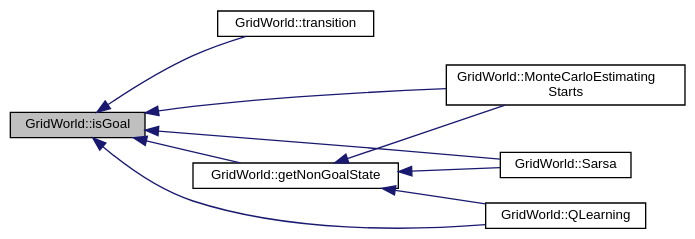
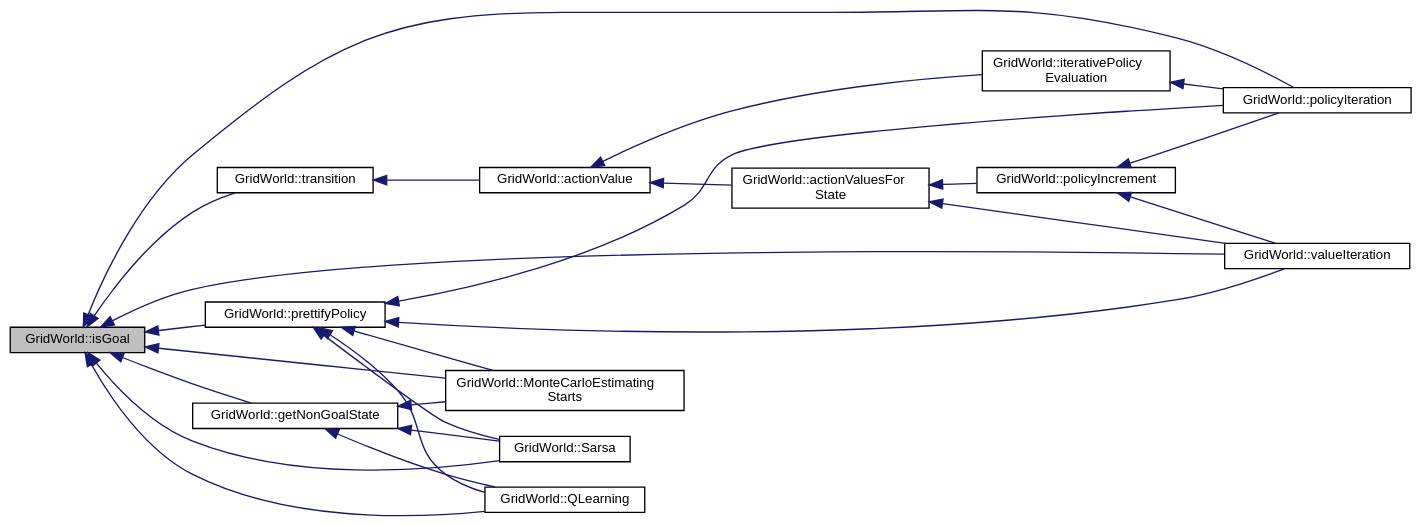
One commit to douglasrizzo/machine_learning changed the diagram in docs/classGridWorld_a202b7bda8938f3c641c2812dcc9b5ac1_icgraph.dot. Above: the diagram before and after it, drawn with Graphviz. The commit also changed 393 other files, not shown here.

```diff
--- a/docs/classGridWorld_a202b7bda8938f3c641c2812dcc9b5ac1_icgraph.dot
+++ b/docs/classGridWorld_a202b7bda8938f3c641c2812dcc9b5ac1_icgraph.dot
@@ -1,21 +1,44 @@
 digraph "GridWorld::isGoal"
 {
   bgcolor="transparent";
   edge [fontname="Helvetica",fontsize="10",labelfontname="Helvetica",labelfontsize="10"];
   node [fontname="Helvetica",fontsize="10",shape=record];
   rankdir="LR";
-  Node57 [label="GridWorld::isGoal",height=0.2,width=0.4,color="black", fillcolor="grey75", style="filled", fontcolor="black"];
-  Node57 -> Node58 [dir="back",color="midnightblue",fontsize="10",style="solid",fontname="Helvetica"];
-  Node58 [label="GridWorld::transition",height=0.2,width=0.4,color="black",URL="$classGridWorld.html#aaf8d964cddf2d838737d0707481ad792",tooltip="Returns the transition probability to nextState, given currentState and action "];
-  Node57 -> Node59 [dir="back",color="midnightblue",fontsize="10",style="solid",fontname="Helvetica"];
-  Node59 [label="GridWorld::getNonGoalState",height=0.2,width=0.4,color="black",URL="$classGridWorld.html#a32bc48e56c9a7163d2fbf917df9d35c0",tooltip="Selects a random non-goal state. "];
-  Node59 -> Node60 [dir="back",color="midnightblue",fontsize="10",style="solid",fontname="Helvetica"];
-  Node60 [label="GridWorld::MonteCarloEstimating\lStarts",height=0.2,width=0.4,color="black",URL="$classGridWorld.html#a03586ebfa410ea0617103c70ce5b08cb",tooltip="Monte Carlo Estimating Starts algorithm for finding an optimal policy. "];
-  Node59 -> Node61 [dir="back",color="midnightblue",fontsize="10",style="solid",fontname="Helvetica"];
-  Node61 [label="GridWorld::Sarsa",height=0.2,width=0.4,color="black",URL="$classGridWorld.html#ad1c7b6d4e864ef8e8aca9163c2d8cd86",tooltip="Temporal difference method for finding the optimal policy using SARSA. "];
-  Node59 -> Node62 [dir="back",color="midnightblue",fontsize="10",style="solid",fontname="Helvetica"];
-  Node62 [label="GridWorld::QLearning",height=0.2,width=0.4,color="black",URL="$classGridWorld.html#abdbd7b78344fe0db7dbdd4f55d8ace70",tooltip="Temporal difference method for finding the optimal policy using Q-Learning. "];
-  Node57 -> Node60 [dir="back",color="midnightblue",fontsize="10",style="solid",fontname="Helvetica"];
-  Node57 -> Node61 [dir="back",color="midnightblue",fontsize="10",style="solid",fontname="Helvetica"];
-  Node57 -> Node62 [dir="back",color="midnightblue",fontsize="10",style="solid",fontname="Helvetica"];
+  Node96 [label="GridWorld::isGoal",height=0.2,width=0.4,color="black", fillcolor="grey75", style="filled", fontcolor="black"];
+  Node96 -> Node97 [dir="back",color="midnightblue",fontsize="10",style="solid",fontname="Helvetica"];
+  Node97 [label="GridWorld::prettifyPolicy",height=0.2,width=0.4,color="black",URL="$classGridWorld.html#a9dfe466eee829e7d1b8315b789078be9"];
+  Node97 -> Node98 [dir="back",color="midnightblue",fontsize="10",style="solid",fontname="Helvetica"];
+  Node98 [label="GridWorld::policyIteration",height=0.2,width=0.4,color="black",URL="$classGridWorld.html#add6d00c0d2eec4d16706a19b0527bba5",tooltip="Policy iteration method. "];
+  Node97 -> Node99 [dir="back",color="midnightblue",fontsize="10",style="solid",fontname="Helvetica"];
+  Node99 [label="GridWorld::valueIteration",height=0.2,width=0.4,color="black",URL="$classGridWorld.html#a0d5cada9fc611efc747722223c97e8e5",tooltip="Value iteration method. "];
+  Node97 -> Node100 [dir="back",color="midnightblue",fontsize="10",style="solid",fontname="Helvetica"];
+  Node100 [label="GridWorld::MonteCarloEstimating\lStarts",height=0.2,width=0.4,color="black",URL="$classGridWorld.html#a03586ebfa410ea0617103c70ce5b08cb",tooltip="Monte Carlo Estimating Starts algorithm for finding an optimal policy. "];
+  Node97 -> Node101 [dir="back",color="midnightblue",fontsize="10",style="solid",fontname="Helvetica"];
+  Node101 [label="GridWorld::Sarsa",height=0.2,width=0.4,color="black",URL="$classGridWorld.html#ad1c7b6d4e864ef8e8aca9163c2d8cd86",tooltip="Temporal difference method for finding the optimal policy using SARSA. "];
+  Node97 -> Node102 [dir="back",color="midnightblue",fontsize="10",style="solid",fontname="Helvetica"];
+  Node102 [label="GridWorld::QLearning",height=0.2,width=0.4,color="black",URL="$classGridWorld.html#abdbd7b78344fe0db7dbdd4f55d8ace70",tooltip="Temporal difference method for finding the optimal policy using Q-Learning. "];
+  Node96 -> Node103 [dir="back",color="midnightblue",fontsize="10",style="solid",fontname="Helvetica"];
+  Node103 [label="GridWorld::transition",height=0.2,width=0.4,color="black",URL="$classGridWorld.html#aaf8d964cddf2d838737d0707481ad792",tooltip="Returns the transition probability to nextState, given currentState and action "];
+  Node103 -> Node104 [dir="back",color="midnightblue",fontsize="10",style="solid",fontname="Helvetica"];
+  Node104 [label="GridWorld::actionValue",height=0.2,width=0.4,color="black",URL="$classGridWorld.html#afb39acf3fcb5c3f62adea9668a035445",tooltip="Gets the q value of action a on state s "];
+  Node104 -> Node105 [dir="back",color="midnightblue",fontsize="10",style="solid",fontname="Helvetica"];
+  Node105 [label="GridWorld::actionValuesFor\lState",height=0.2,width=0.4,color="black",URL="$classGridWorld.html#ab2473dfcba808923e74ef5e41c815293",tooltip="Gets the q values of all actions for a given state. "];
+  Node105 -> Node106 [dir="back",color="midnightblue",fontsize="10",style="solid",fontname="Helvetica"];
+  Node106 [label="GridWorld::policyIncrement",height=0.2,width=0.4,color="black",URL="$classGridWorld.html#a5b720f7017beff840503f77c25da2586",tooltip="Creates a new policy for a given state giving preference to the actions with maximum value..."];
+  Node106 -> Node98 [dir="back",color="midnightblue",fontsize="10",style="solid",fontname="Helvetica"];
+  Node106 -> Node99 [dir="back",color="midnightblue",fontsize="10",style="solid",fontname="Helvetica"];
+  Node105 -> Node99 [dir="back",color="midnightblue",fontsize="10",style="solid",fontname="Helvetica"];
+  Node104 -> Node107 [dir="back",color="midnightblue",fontsize="10",style="solid",fontname="Helvetica"];
+  Node107 [label="GridWorld::iterativePolicy\lEvaluation",height=0.2,width=0.4,color="black",URL="$classGridWorld.html#a5ee28286d5b619b0cf046b83f7d8ee7c",tooltip="Iterative policy evaluation implemented as decribed in Sutton and Barto, 2017. "];
+  Node107 -> Node98 [dir="back",color="midnightblue",fontsize="10",style="solid",fontname="Helvetica"];
+  Node96 -> Node108 [dir="back",color="midnightblue",fontsize="10",style="solid",fontname="Helvetica"];
+  Node108 [label="GridWorld::getNonGoalState",height=0.2,width=0.4,color="black",URL="$classGridWorld.html#a32bc48e56c9a7163d2fbf917df9d35c0",tooltip="Selects a random non-goal state. "];
+  Node108 -> Node100 [dir="back",color="midnightblue",fontsize="10",style="solid",fontname="Helvetica"];
+  Node108 -> Node101 [dir="back",color="midnightblue",fontsize="10",style="solid",fontname="Helvetica"];
+  Node108 -> Node102 [dir="back",color="midnightblue",fontsize="10",style="solid",fontname="Helvetica"];
+  Node96 -> Node98 [dir="back",color="midnightblue",fontsize="10",style="solid",fontname="Helvetica"];
+  Node96 -> Node99 [dir="back",color="midnightblue",fontsize="10",style="solid",fontname="Helvetica"];
+  Node96 -> Node100 [dir="back",color="midnightblue",fontsize="10",style="solid",fontname="Helvetica"];
+  Node96 -> Node101 [dir="back",color="midnightblue",fontsize="10",style="solid",fontname="Helvetica"];
+  Node96 -> Node102 [dir="back",color="midnightblue",fontsize="10",style="solid",fontname="Helvetica"];
 }
```
